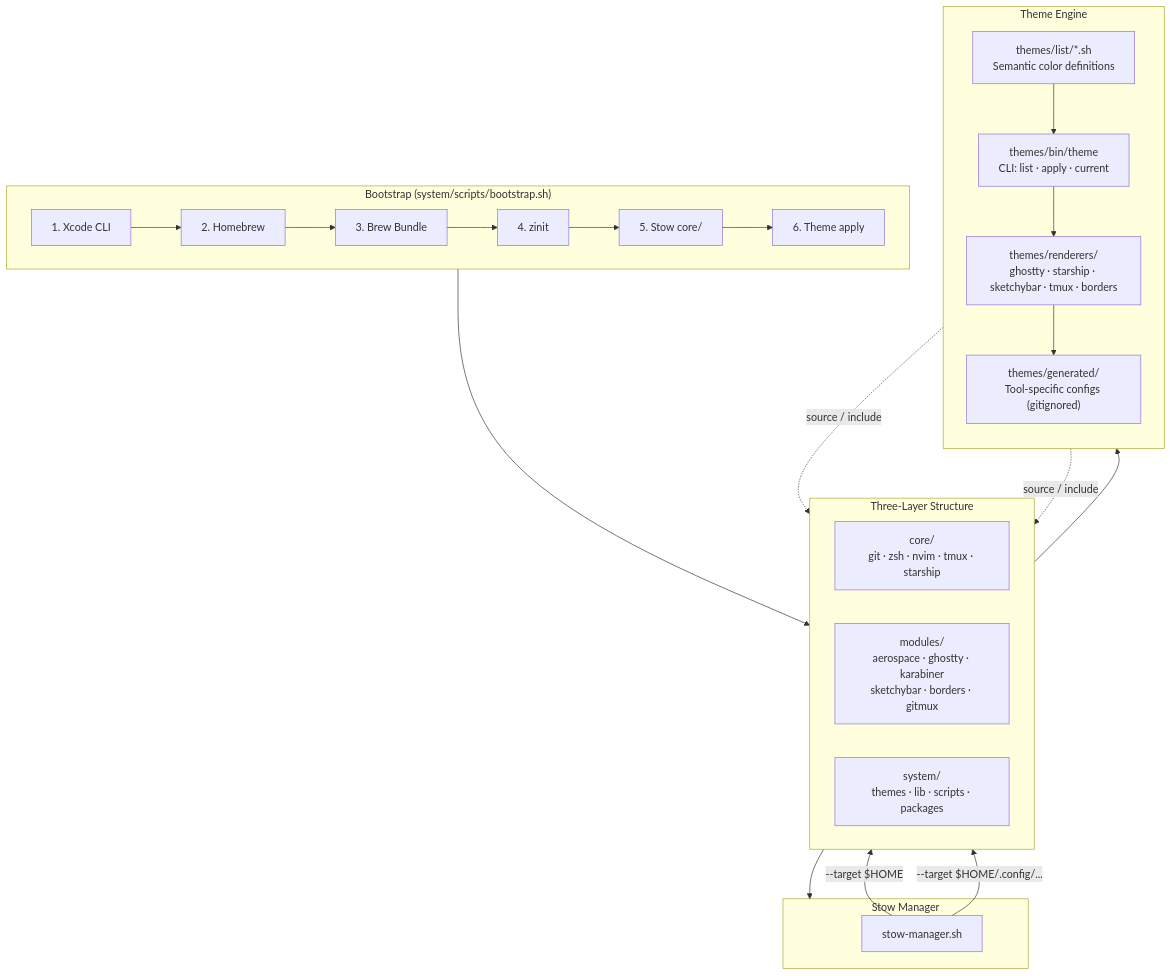
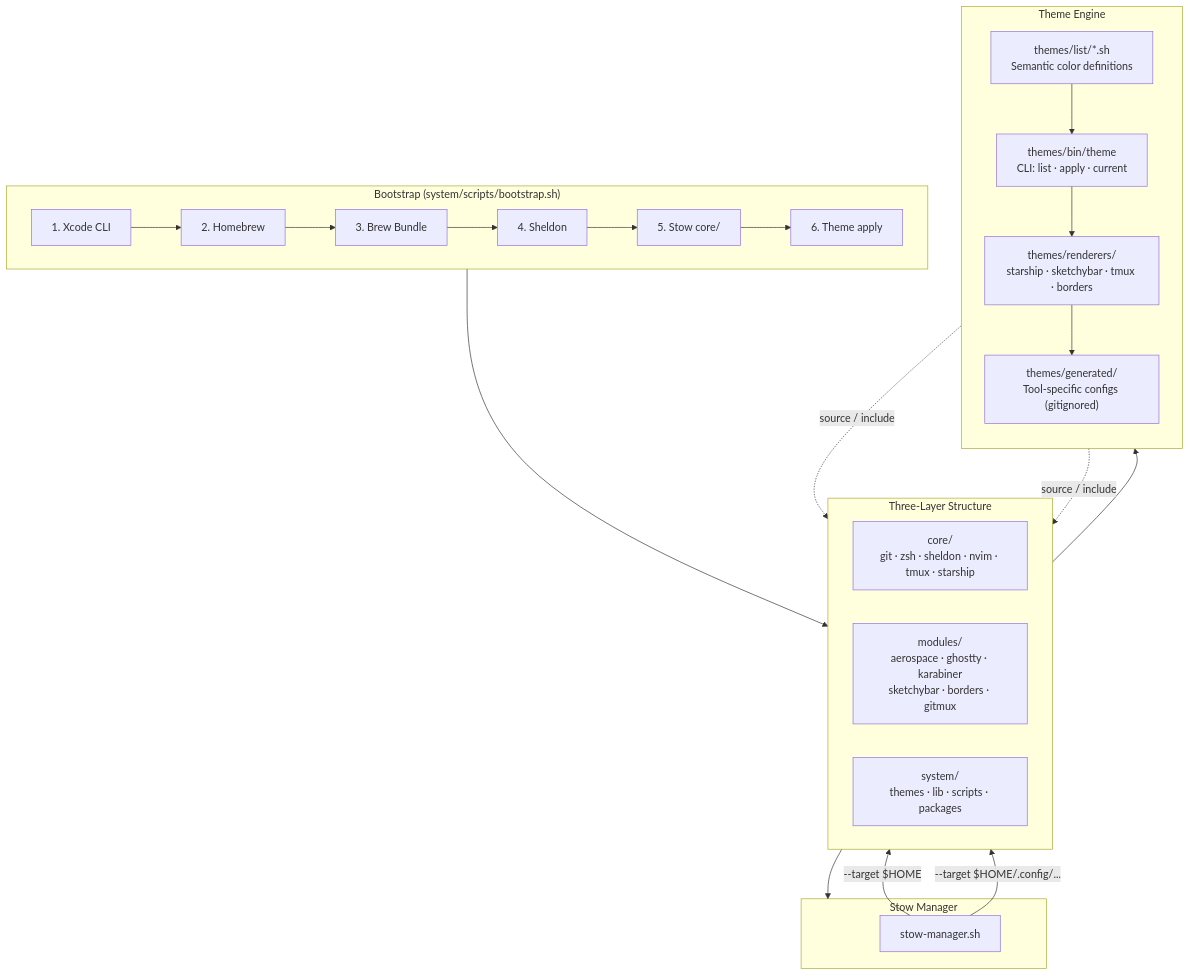
One commit to slashspace/dotfiles changed the first of 4 diagrams in README.md. Above: the diagram before and after it, drawn with Mermaid. The commit also changed other lines of this file and 51 other files, not shown here.

First line of the commit message:
refactor: replace zinit with Sheldon, simplify Ghostty and shell config

````diff
--- a/README.md
+++ b/README.md
@@ -33,40 +34,40 @@
 ```mermaid
 flowchart TB
     subgraph bootstrap ["Bootstrap (system/scripts/bootstrap.sh)"]
         B1["1. Xcode CLI"]
         B2["2. Homebrew"]
         B3["3. Brew Bundle"]
-        B4["4. zinit"]
+        B4["4. Sheldon"]
         B5["5. Stow core/"]
         B6["6. Theme apply"]
         B1 --> B2 --> B3 --> B4 --> B5 --> B6
     end
 
     subgraph layers ["Three-Layer Structure"]
         direction LR
-        CORE["core/<br/>git · zsh · nvim · tmux · starship"]
+        CORE["core/<br/>git · zsh · sheldon · nvim · tmux · starship"]
         MODS["modules/<br/>aerospace · ghostty · karabiner<br/>sketchybar · borders · gitmux"]
         SYS["system/<br/>themes · lib · scripts · packages"]
     end
 
     subgraph stow ["Stow Manager"]
         SM["stow-manager.sh"]
         SM -->|"--target $HOME"| CORE
         SM -->|"--target $HOME/.config/..."| MODS
     end
 
     subgraph theme ["Theme Engine"]
         direction TB
         TL["themes/list/*.sh<br/>Semantic color definitions"]
-        TR["themes/renderers/<br/>ghostty · starship · sketchybar · tmux · borders"]
+        TR["themes/renderers/<br/>starship · sketchybar · tmux · borders"]
         TG["themes/generated/<br/>Tool-specific configs (gitignored)"]
         CLI["themes/bin/theme<br/>CLI: list · apply · current"]
         TL --> CLI --> TR --> TG
     end
 
     bootstrap --> layers
     layers --> stow
     SYS --> theme
     TG -.->|"source / include"| CORE
     TG -.->|"source / include"| MODS
 ```
````
